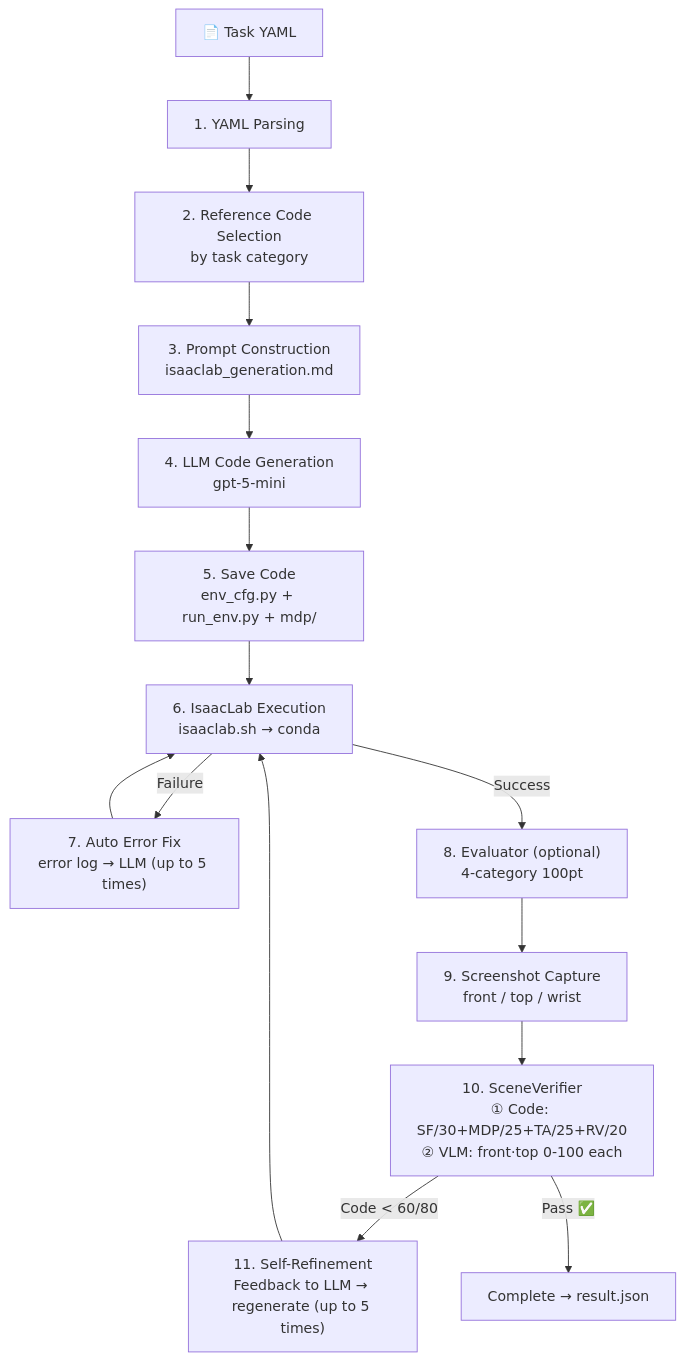
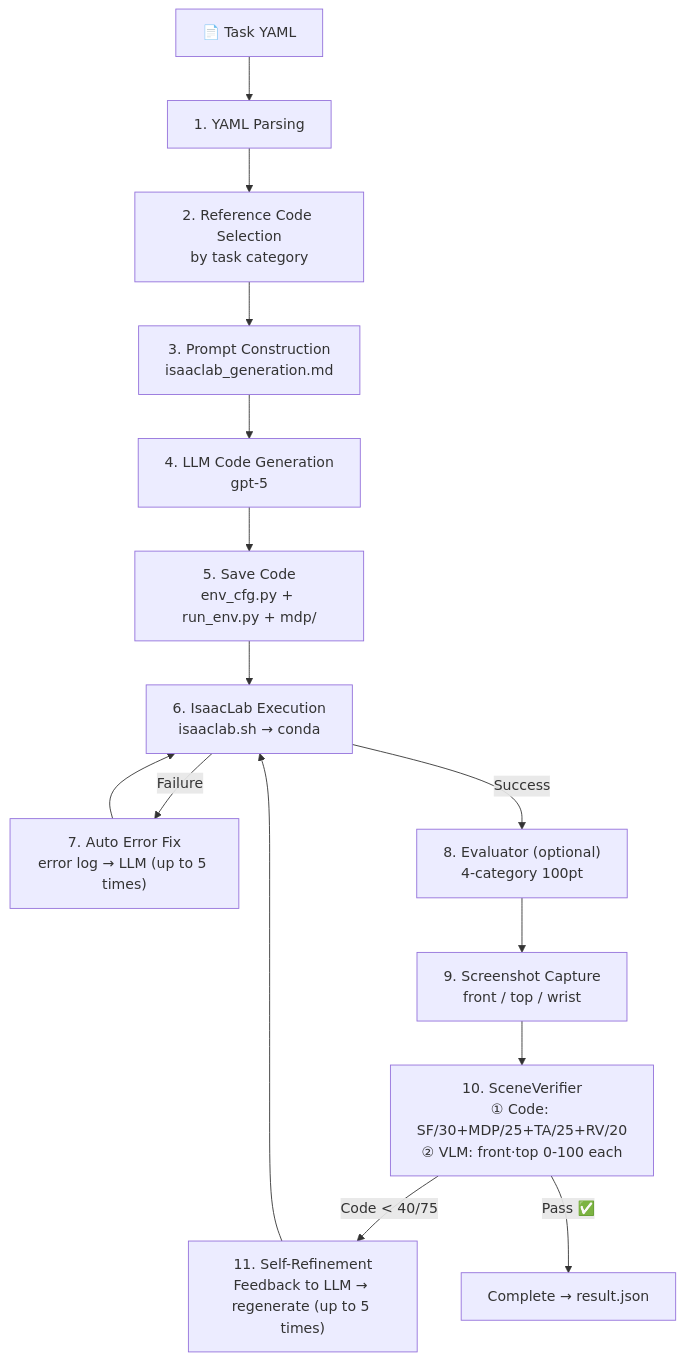
One commit to SKKU-PRISM/Simulation-Generation-Agent changed the third of 3 diagrams in docs/architecture.md. Above: the diagram before and after it, drawn with Mermaid. The commit also changed other lines of this file and 9 other files, not shown here.

````diff
--- a/docs/architecture.md
+++ b/docs/architecture.md
@@ -79,20 +79,20 @@
 ```mermaid
 flowchart TD
     YAML["📄 Task YAML"] --> PARSE["1. YAML Parsing"]
     PARSE --> REF["2. Reference Code Selection\nby task category"]
     REF --> PROMPT["3. Prompt Construction\nisaaclab_generation.md"]
-    PROMPT --> GEN["4. LLM Code Generation\ngpt-5-mini"]
+    PROMPT --> GEN["4. LLM Code Generation\ngpt-5"]
     GEN --> WRITE["5. Save Code\nenv_cfg.py + run_env.py + mdp/"]
     WRITE --> EXEC["6. IsaacLab Execution\nisaaclab.sh → conda"]
 
     EXEC -- "Failure" --> FIX["7. Auto Error Fix\nerror log → LLM (up to 5 times)"]
     FIX --> EXEC
 
     EXEC -- "Success" --> EVAL["8. Evaluator (optional)\n4-category 100pt"]
     EVAL --> CAP["9. Screenshot Capture\nfront / top / wrist"]
     CAP --> VER["10. SceneVerifier\n① Code: SF/30+MDP/25+TA/25+RV/20\n② VLM: front·top 0-100 each"]
 
-    VER -- "Code < 60/80" --> REFINE["11. Self-Refinement\nFeedback to LLM → regenerate (up to 5 times)"]
+    VER -- "Code < 40/75" --> REFINE["11. Self-Refinement\nFeedback to LLM → regenerate (up to 5 times)"]
     REFINE --> EXEC
     VER -- "Pass ✅" --> DONE["Complete → result.json"]
 ```
````
